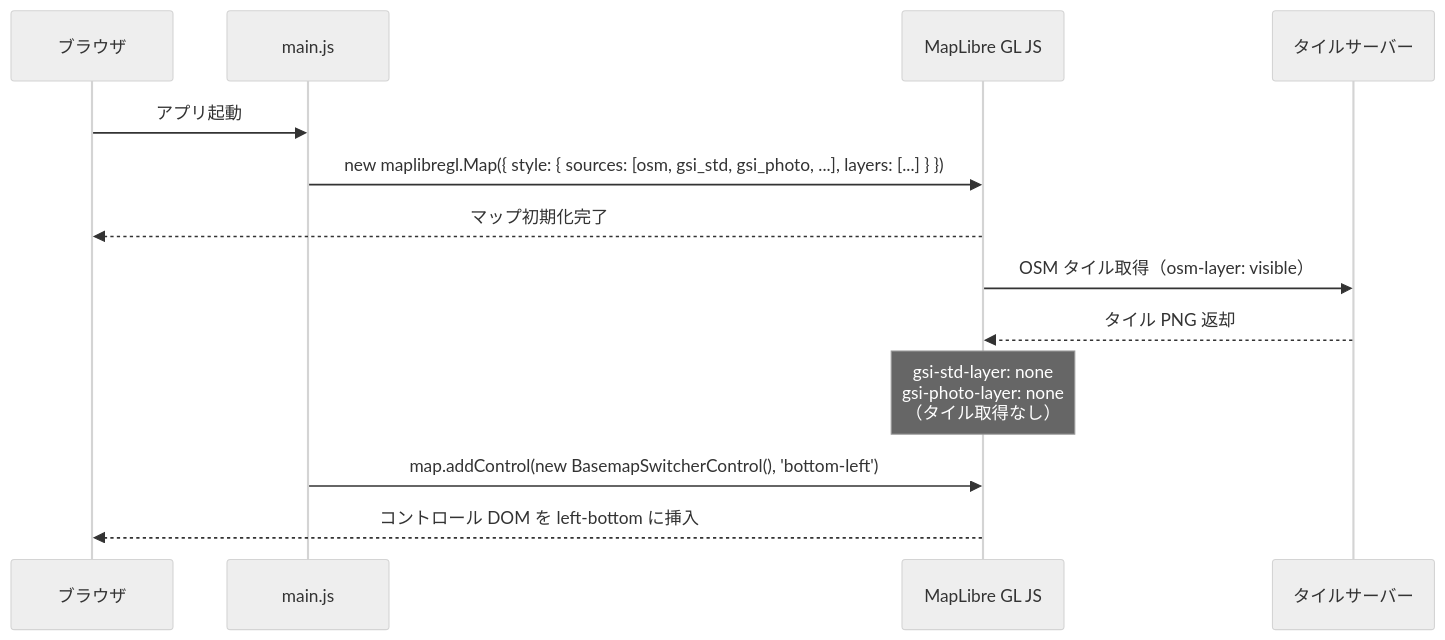
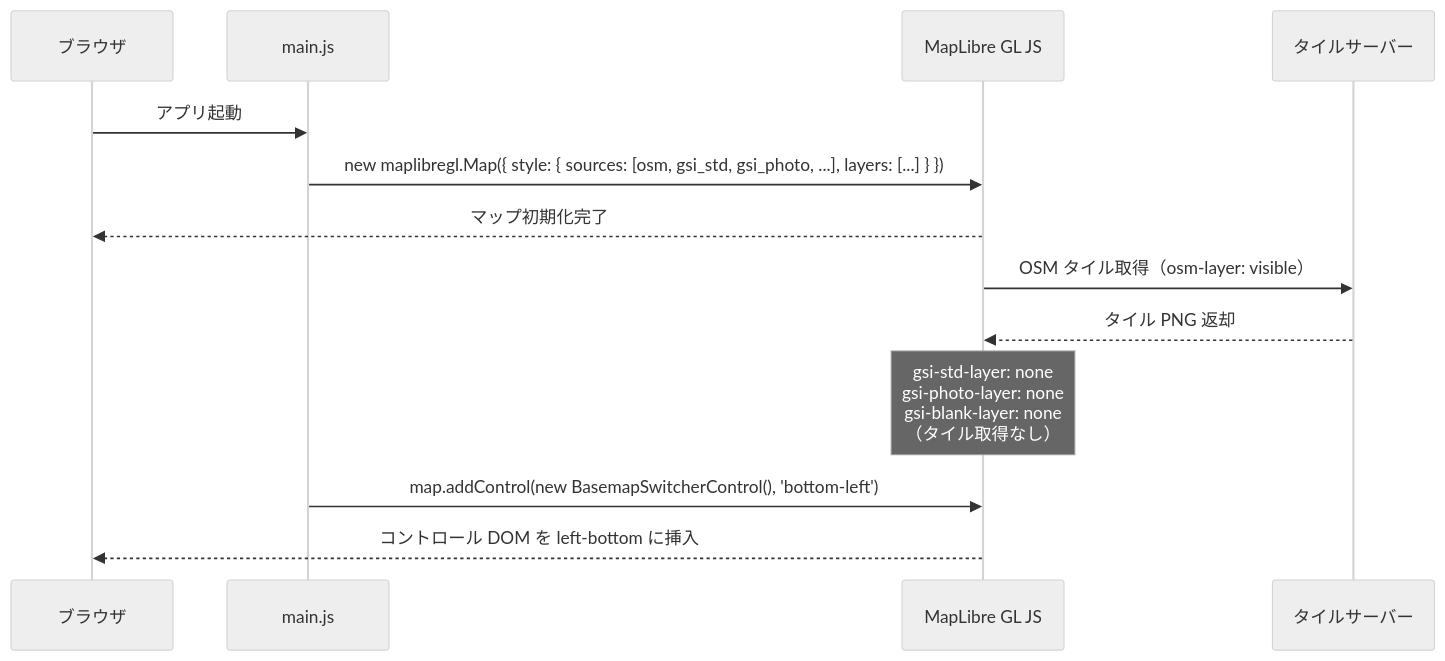
The first of 6 diagrams in 03_advanced_with_tsumiki/docs/design/basemap-switcher/dataflow.md (miyato1122/location-tech-sample-v1), drawn with Mermaid (neutral theme) before and after one commit. The commit also changed other lines of this file and 9 other files, not shown here.

First line of the commit message:
feat(basemap-switcher): 背景地図パネルを縦並びにし、国土地理院白地図を追加する

````diff
--- a/03_advanced_with_tsumiki/docs/design/basemap-switcher/dataflow.md
+++ b/03_advanced_with_tsumiki/docs/design/basemap-switcher/dataflow.md
@@ -20,16 +20,16 @@
 ```mermaid
 sequenceDiagram
     participant B as ブラウザ
     participant M as main.js
     participant ML as MapLibre GL JS
     participant T as タイルサーバー
 
     B->>M: アプリ起動
     M->>ML: new maplibregl.Map({ style: { sources: [osm, gsi_std, gsi_photo, ...], layers: [...] } })
     ML-->>B: マップ初期化完了
     ML->>T: OSM タイル取得（osm-layer: visible）
     T-->>ML: タイル PNG 返却
-    Note over ML: gsi-std-layer: none<br/>gsi-photo-layer: none<br/>（タイル取得なし）
+    Note over ML: gsi-std-layer: none<br/>gsi-photo-layer: none<br/>gsi-blank-layer: none<br/>（タイル取得なし）
     M->>ML: map.addControl(new BasemapSwitcherControl(), 'bottom-left')
     ML-->>B: コントロール DOM を left-bottom に挿入
 ```
````
